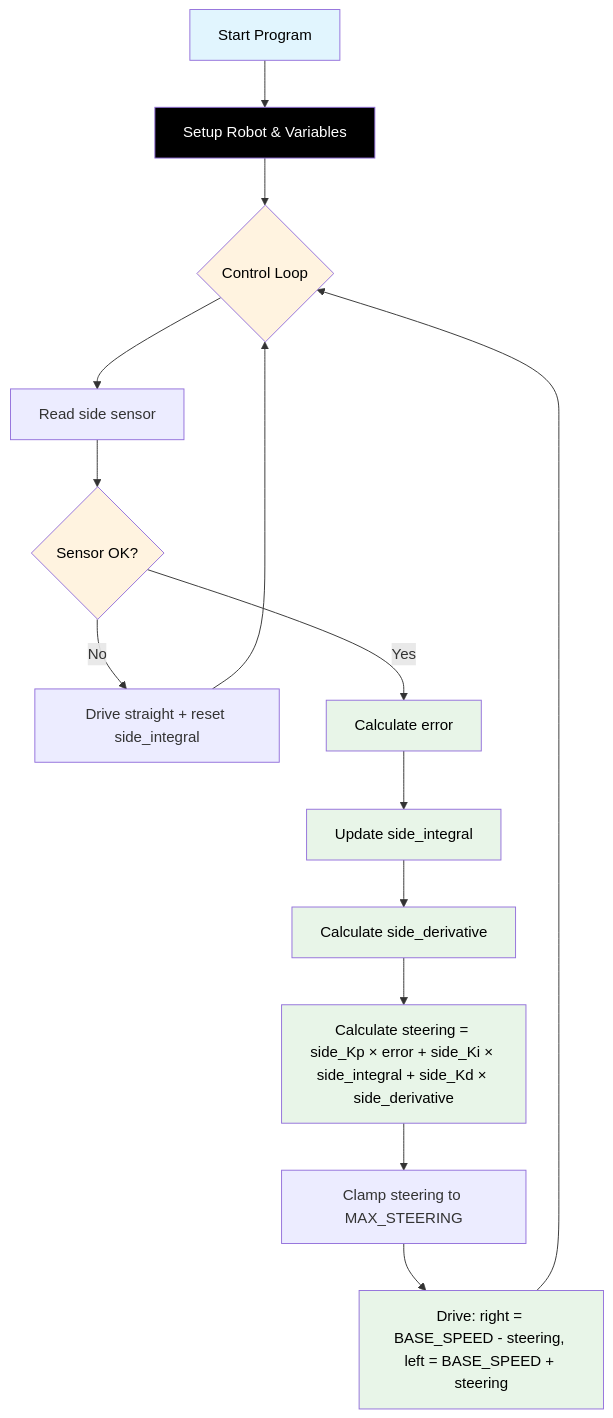
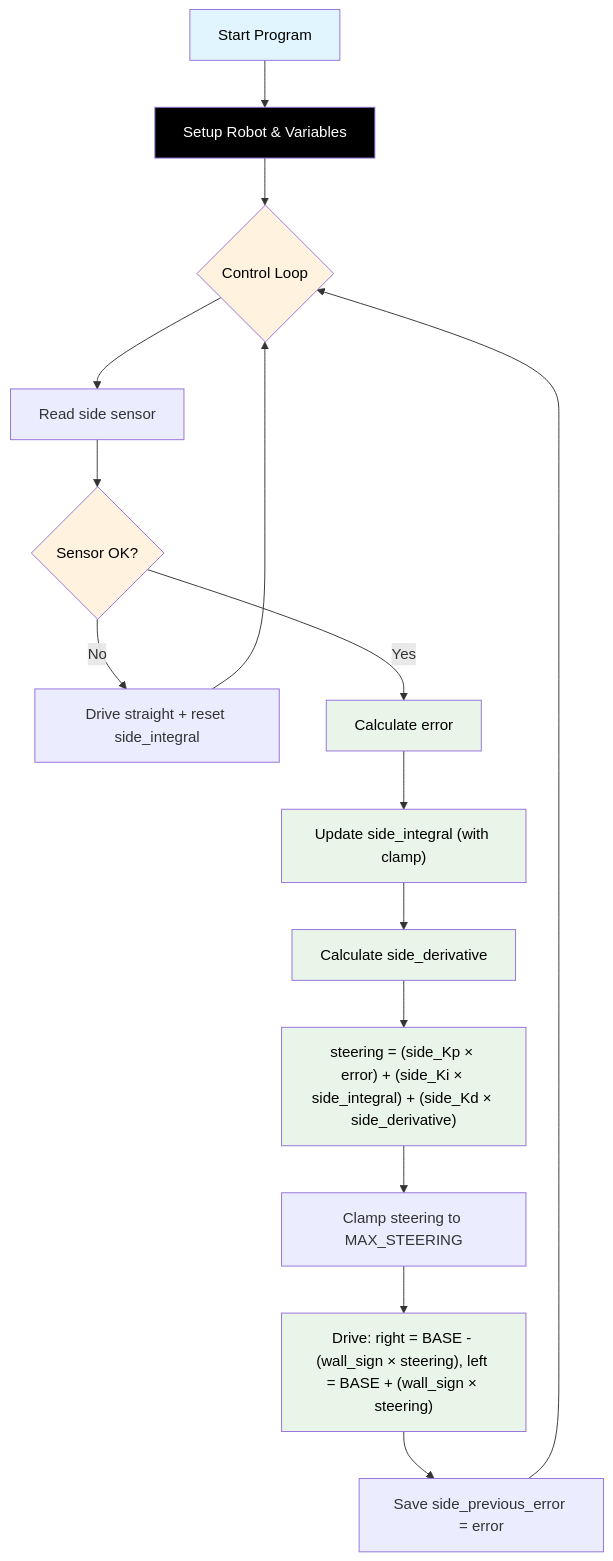
Before and after one commit to TempeHS/RP2040_Competition_Robot: the diagram in docs/Challenge_3.md, drawn with Mermaid. The commit also changed other lines of this file and 28 other files, not shown here.

First line of the commit message:
Refactor AIDriver initialization to require wall side parameter

````diff
--- a/docs/Challenge_3.md
+++ b/docs/Challenge_3.md
@@ -29,26 +29,27 @@
 ```mermaid
 flowchart TD
     A[Start Program] --> B[Setup Robot & Variables]
     B --> C{Control Loop}
     C --> D[Read side sensor]
     D --> E{Sensor OK?}
     E -- No --> F[Drive straight + reset side_integral]
     F --> C
     E -- Yes --> G[Calculate error]
-    G --> H[Update side_integral]
+    G --> H["Update side_integral (with clamp)"]
     H --> I[Calculate side_derivative]
-    I --> J[Calculate steering = side_Kp × error + side_Ki × side_integral + side_Kd × side_derivative]
+    I --> J["steering = (side_Kp × error) + (side_Ki × side_integral) + (side_Kd × side_derivative)"]
     J --> K[Clamp steering to MAX_STEERING]
-    K --> L["Drive: right = BASE_SPEED - steering, left = BASE_SPEED + steering"]
-    L --> C
+    K --> L["Drive: right = BASE - (wall_sign × steering), left = BASE + (wall_sign × steering)"]
+    L --> M[Save side_previous_error = error]
+    M --> C
 
     style A fill:#e1f5fe,color:#000000
     style B fill:#000000,color:#ffffff
     style C fill:#fff3e0,color:#000000
     style E fill:#fff3e0,color:#000000
     style G fill:#e8f5e8,color:#000000
     style H fill:#e8f5e8,color:#000000
     style I fill:#e8f5e8,color:#000000
     style J fill:#e8f5e8,color:#000000
     style L fill:#e8f5e8,color:#000000
 ```
````
